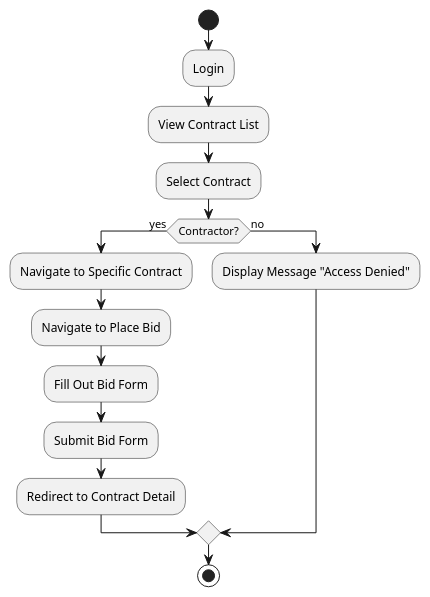
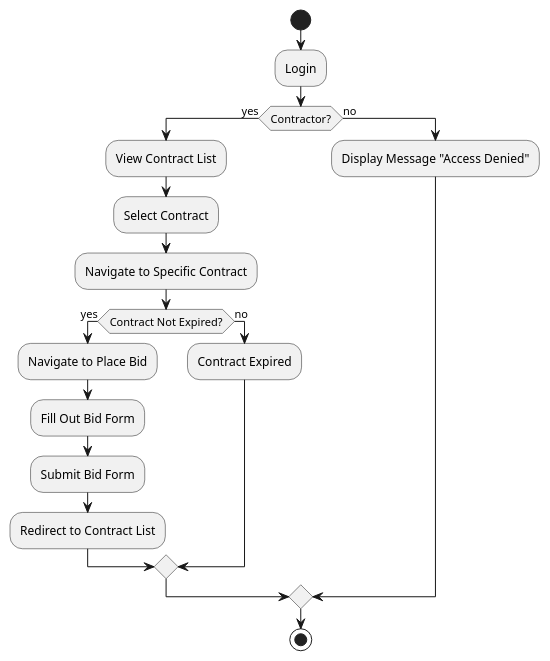
Before and after one commit to mrhaffner/job_bidding_board: the diagram in diagrams/Activity_diagram_Contractor.puml, drawn with PlantUML.

```diff
--- a/diagrams/Activity_diagram_Contractor.puml
+++ b/diagrams/Activity_diagram_Contractor.puml
@@ -1,17 +1,21 @@
 @startuml
 |User|
 start
 :Login;
+if (Contractor?) then (yes)
 :View Contract List;
 :Select Contract;
-if (Contractor?) then (yes)
-  :Navigate to Specific Contract;
-  :Navigate to Place Bid;
-  :Fill Out Bid Form;
-  :Submit Bid Form;
-  :Redirect to Contract Detail;
-else (no)
-  :Display Message "Access Denied";
+:Navigate to Specific Contract;
+if (Contract Not Expired?) then (yes)
+:Navigate to Place Bid;
+:Fill Out Bid Form;
+:Submit Bid Form;
+:Redirect to Contract List;
+else(no)
+:Contract Expired;
+endif
+else(no)
+:Display Message "Access Denied";
 endif
 stop
 @enduml
```
